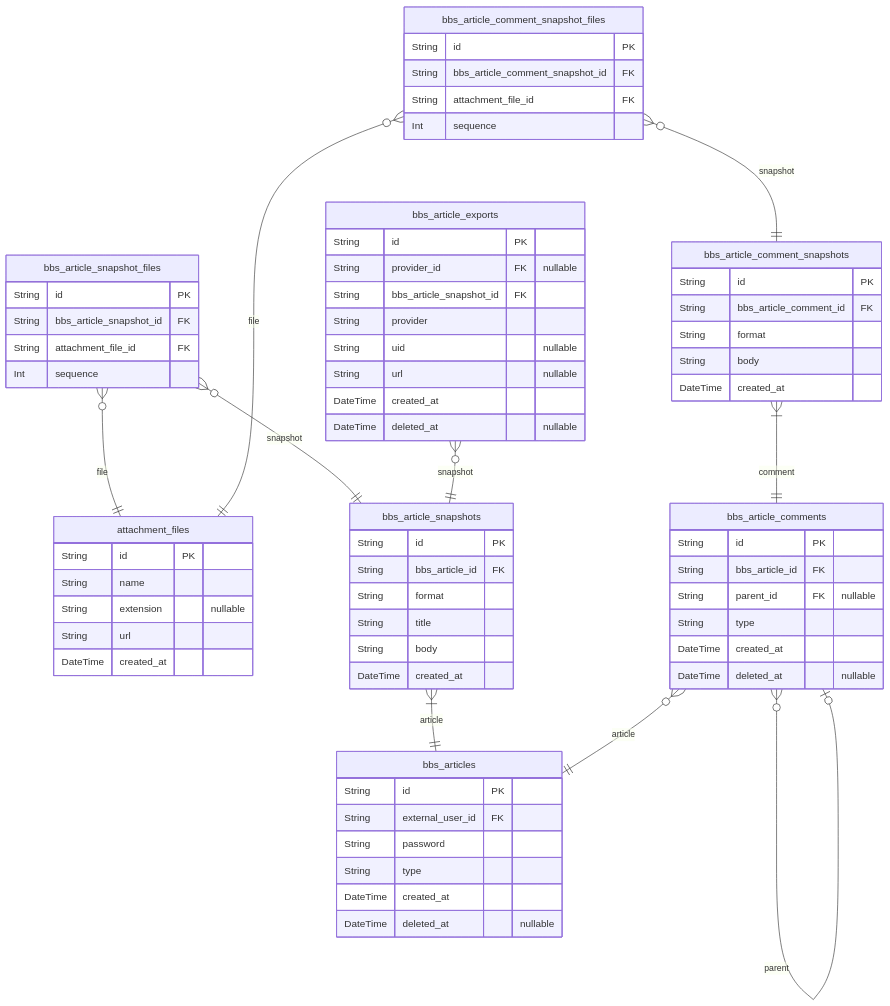
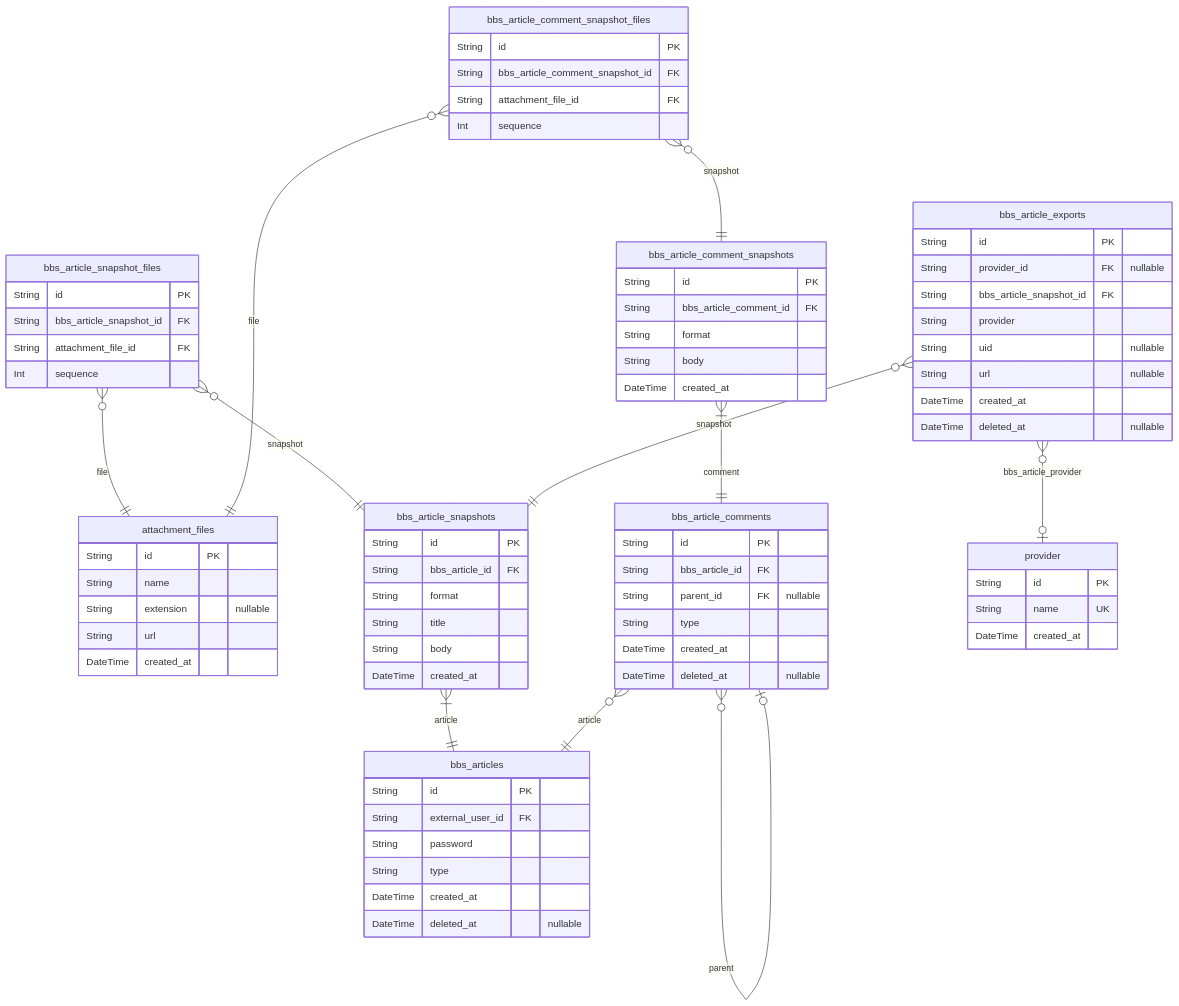
The fourth of 9 diagrams in docs/ERD.md (wrtnio/connectors), drawn with Mermaid before and after one commit. The commit also changed other lines of this file and 2 other files, not shown here.

````diff
--- a/docs/ERD.md
+++ b/docs/ERD.md
@@ -117,72 +118,78 @@
 ```mermaid
 erDiagram
 "attachment_files" {
   String id PK
   String name
   String extension "nullable"
   String url
   DateTime created_at
 }
 "bbs_articles" {
   String id PK
   String external_user_id FK
   String password
   String type
   DateTime created_at
   DateTime deleted_at "nullable"
 }
 "bbs_article_snapshots" {
   String id PK
   String bbs_article_id FK
   String format
   String title
   String body
   DateTime created_at
 }
 "bbs_article_snapshot_files" {
   String id PK
   String bbs_article_snapshot_id FK
   String attachment_file_id FK
   Int sequence
 }
 "bbs_article_comments" {
   String id PK
   String bbs_article_id FK
   String parent_id FK "nullable"
   String type
   DateTime created_at
   DateTime deleted_at "nullable"
 }
 "bbs_article_comment_snapshots" {
   String id PK
   String bbs_article_comment_id FK
   String format
   String body
   DateTime created_at
 }
 "bbs_article_comment_snapshot_files" {
   String id PK
   String bbs_article_comment_snapshot_id FK
   String attachment_file_id FK
   Int sequence
 }
 "bbs_article_exports" {
   String id PK
   String provider_id FK "nullable"
   String bbs_article_snapshot_id FK
   String provider
   String uid "nullable"
   String url "nullable"
   DateTime created_at
   DateTime deleted_at "nullable"
 }
+"provider" {
+  String id PK
+  String name UK
+  DateTime created_at
+}
 "bbs_article_snapshots" }|--|| "bbs_articles" : article
 "bbs_article_snapshot_files" }o--|| "bbs_article_snapshots" : snapshot
 "bbs_article_snapshot_files" }o--|| "attachment_files" : file
 "bbs_article_comments" }o--|| "bbs_articles" : article
 "bbs_article_comments" }o--o| "bbs_article_comments" : parent
 "bbs_article_comment_snapshots" }|--|| "bbs_article_comments" : comment
 "bbs_article_comment_snapshot_files" }o--|| "bbs_article_comment_snapshots" : snapshot
 "bbs_article_comment_snapshot_files" }o--|| "attachment_files" : file
 "bbs_article_exports" }o--|| "bbs_article_snapshots" : snapshot
+"bbs_article_exports" }o--o| "provider" : bbs_article_provider
 ```
````
